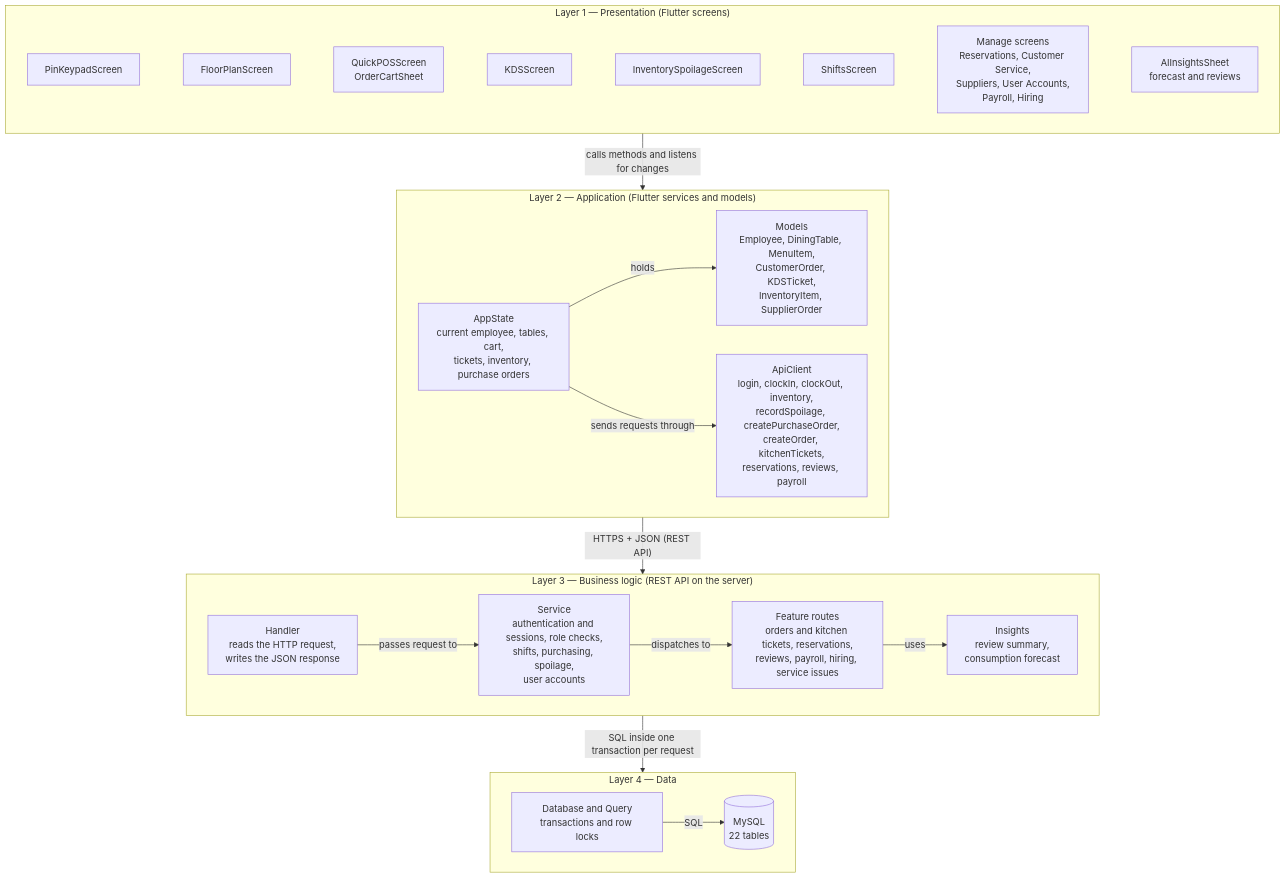
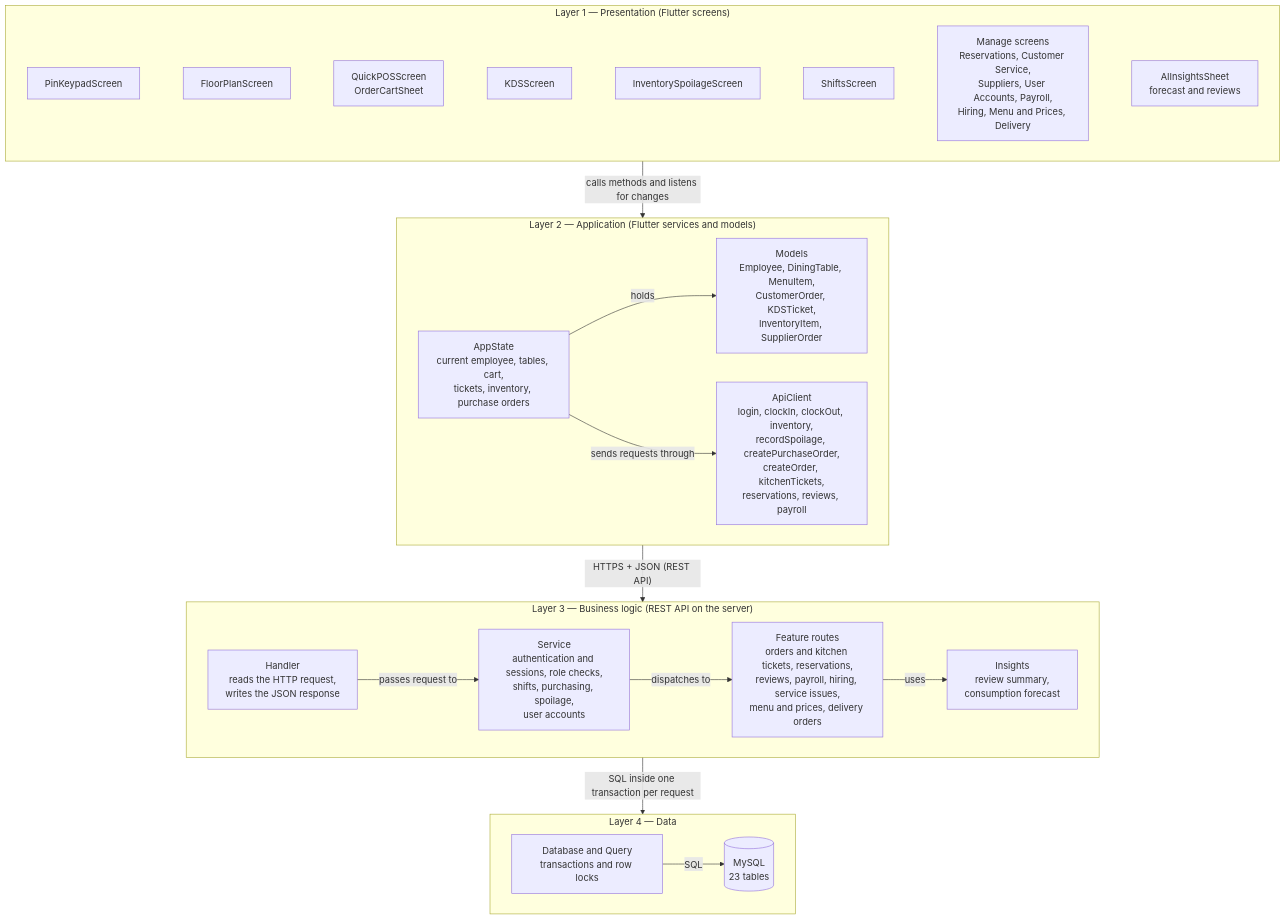
One commit to JamalFord/ServeSync changed the first of 5 diagrams in docs/sprint4/02-testing-architecture-sections-10-11.md. Above: the diagram before and after it, drawn with Mermaid. The commit also changed other lines of this file and 27 other files, not shown here.

First line of the commit message:
feat: menu, price and delivery features (FR-13 to FR-15); v1.3.0

````diff
--- a/docs/sprint4/02-testing-architecture-sections-10-11.md
+++ b/docs/sprint4/02-testing-architecture-sections-10-11.md
@@ -277,43 +280,43 @@
 ```mermaid
 flowchart TB
     subgraph L1["Layer 1 — Presentation (Flutter screens)"]
         direction LR
         PIN["PinKeypadScreen"]
         FP["FloorPlanScreen"]
         POS["QuickPOSScreen<br/>OrderCartSheet"]
         KDS["KDSScreen"]
         INV["InventorySpoilageScreen"]
         SH["ShiftsScreen"]
-        MG["Manage screens<br/>Reservations, Customer Service,<br/>Suppliers, User Accounts,<br/>Payroll, Hiring"]
+        MG["Manage screens<br/>Reservations, Customer Service,<br/>Suppliers, User Accounts, Payroll,<br/>Hiring, Menu and Prices, Delivery"]
         AI["AIInsightsSheet<br/>forecast and reviews"]
         PIN ~~~ FP ~~~ POS ~~~ KDS ~~~ INV ~~~ SH ~~~ MG ~~~ AI
     end
     subgraph L2["Layer 2 — Application (Flutter services and models)"]
         direction LR
         MOD["Models<br/>Employee, DiningTable, MenuItem,<br/>CustomerOrder, KDSTicket,<br/>InventoryItem, SupplierOrder"]
         AS["AppState<br/>current employee, tables, cart,<br/>tickets, inventory, purchase orders"]
         API["ApiClient<br/>login, clockIn, clockOut, inventory,<br/>recordSpoilage, createPurchaseOrder,<br/>createOrder, kitchenTickets,<br/>reservations, reviews, payroll"]
         AS -- "holds" --> MOD
         AS -- "sends requests through" --> API
     end
     subgraph L3["Layer 3 — Business logic (REST API on the server)"]
         direction LR
         H["Handler<br/>reads the HTTP request,<br/>writes the JSON response"]
         SVC["Service<br/>authentication and sessions, role checks,<br/>shifts, purchasing, spoilage,<br/>user accounts"]
-        FEAT["Feature routes<br/>orders and kitchen tickets, reservations,<br/>reviews, payroll, hiring, service issues"]
+        FEAT["Feature routes<br/>orders and kitchen tickets, reservations,<br/>reviews, payroll, hiring, service issues,<br/>menu and prices, delivery orders"]
         INS["Insights<br/>review summary,<br/>consumption forecast"]
         H -- "passes request to" --> SVC
         SVC -- "dispatches to" --> FEAT
         FEAT -- "uses" --> INS
     end
     subgraph L4["Layer 4 — Data"]
         direction LR
         DB["Database and Query<br/>transactions and row locks"]
-        SQL[("MySQL<br/>22 tables")]
+        SQL[("MySQL<br/>23 tables")]
         DB -- "SQL" --> SQL
     end
 
     L1 -- "calls methods and listens for changes" --> L2
     L2 -- "HTTPS + JSON (REST API)" --> L3
     L3 -- "SQL inside one transaction per request" --> L4
 ```
````
